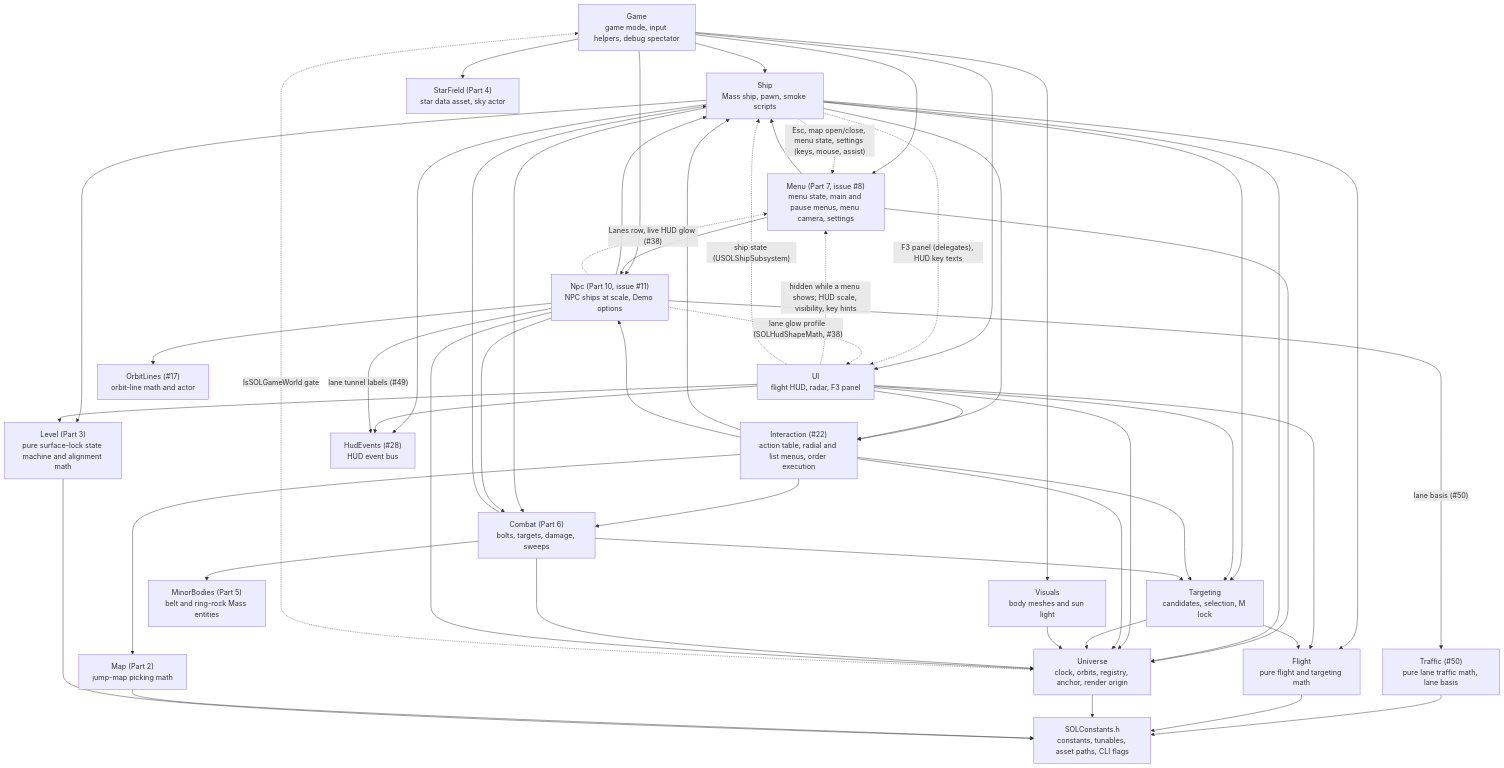
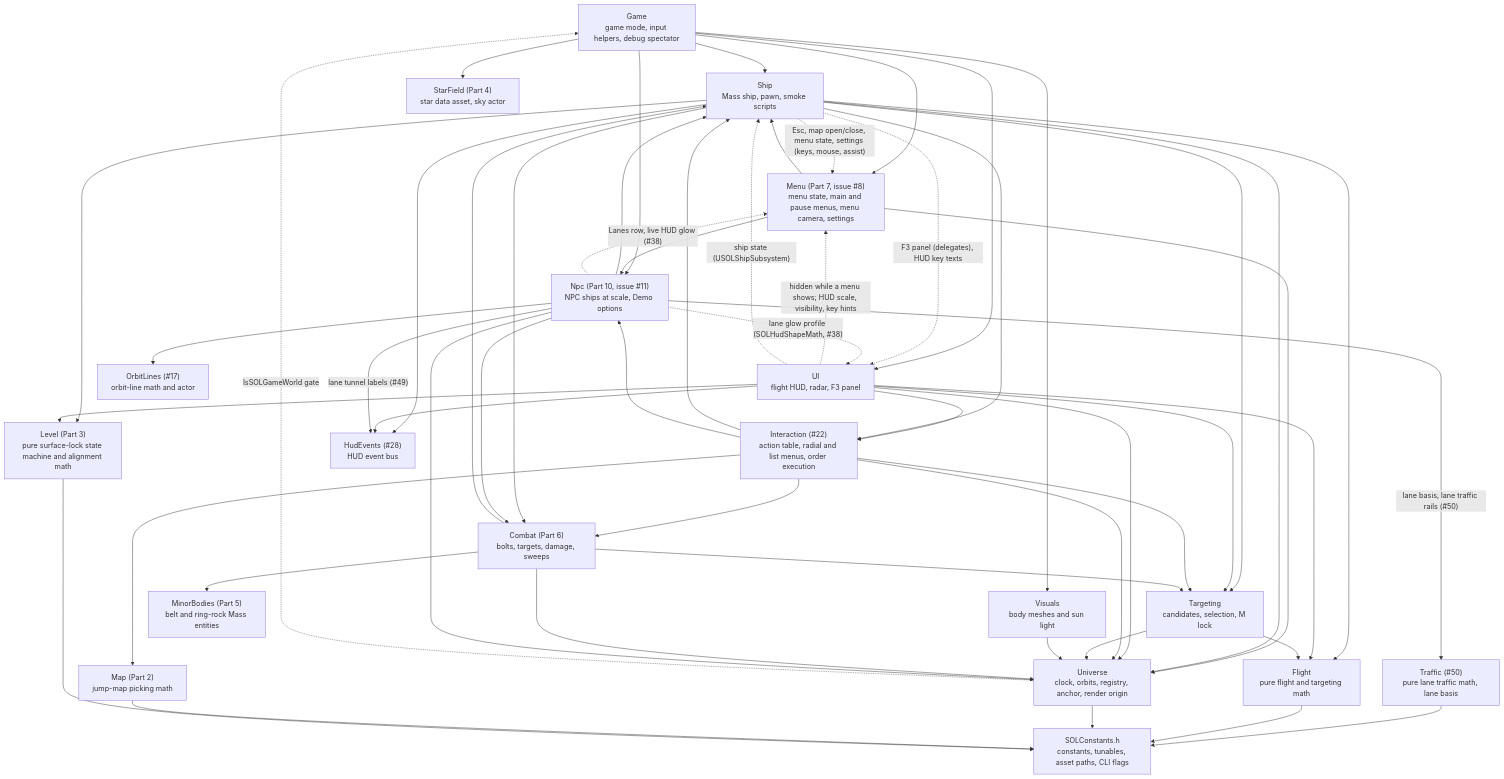
Before and after one commit to DieSlower/SOLTest: the first of 4 diagrams in Docs/ARCHITECTURE.md, drawn with Mermaid. The commit also changed other lines of this file and 43 other files, not shown here.

Commit message:
Issue #50: Part 50b - GPU and CPU lane traffic, hi/lo rails, hull flip, hand-over

````diff
--- a/Docs/ARCHITECTURE.md
+++ b/Docs/ARCHITECTURE.md
@@ -27,74 +27,74 @@
 ```mermaid
 flowchart TD
     Game["Game<br/>game mode, input helpers, debug spectator"]
     Menu["Menu (Part 7, issue #8)<br/>menu state, main and pause menus, menu camera, settings"]
     Ship["Ship<br/>Mass ship, pawn, smoke scripts"]
     UI["UI<br/>flight HUD, radar, F3 panel"]
     Targeting["Targeting<br/>candidates, selection, M lock"]
     Interaction["Interaction (#22)<br/>action table, radial and list menus, order execution"]
     Visuals["Visuals<br/>body meshes and sun light"]
     StarField["StarField (Part 4)<br/>star data asset, sky actor"]
     Map["Map (Part 2)<br/>jump-map picking math"]
     Combat["Combat (Part 6)<br/>bolts, targets, damage, sweeps"]
     MinorBodies["MinorBodies (Part 5)<br/>belt and ring-rock Mass entities"]
     Npc["Npc (Part 10, issue #11)<br/>NPC ships at scale, Demo options"]
     Traffic["Traffic (#50)<br/>pure lane traffic math, lane basis"]
     Level["Level (Part 3)<br/>pure surface-lock state machine and alignment math"]
     Flight["Flight<br/>pure flight and targeting math"]
     Universe["Universe<br/>clock, orbits, registry, anchor, render origin"]
     Const["SOLConstants.h<br/>constants, tunables, asset paths, CLI flags"]
 
     Game --> Ship
     Game --> Menu
     Menu --> Ship
     Menu --> Universe
     Ship -. "Esc, map open/close, menu state, settings (keys, mouse, assist)" .-> Menu
     UI -. "hidden while a menu shows; HUD scale, visibility, key hints" .-> Menu
     Game --> UI
     Game --> Visuals
     Game --> StarField
     Ship --> Targeting
     Ship --> Flight
     Ship --> Level
     UI --> Level
     Ship --> Universe
     Ship -. "F3 panel (delegates), HUD key texts" .-> UI
     UI -. "ship state (USOLShipSubsystem)" .-> Ship
     Ship --> HudEvents["HudEvents (#28)<br/>HUD event bus"]
     UI --> HudEvents
     UI --> Targeting
     UI --> Universe
     UI --> Flight
     UI --> Interaction
     Ship --> Interaction
     Interaction --> Targeting
     Interaction --> Ship
     Interaction --> Map
     Interaction --> Combat
     Interaction --> Npc
     Interaction --> Universe
     Targeting --> Flight
     Targeting --> Universe
     Visuals --> Universe
     Ship --> Combat
     Combat --> Ship
     Combat --> Targeting
     Combat --> MinorBodies
     Combat --> Universe
     Game --> Npc
     Menu --> Npc
     Npc --> Universe
     Npc --> Ship
     Npc --> Combat
     Npc -- "lane tunnel labels (#49)" --> HudEvents
     Npc -. "lane glow profile (SOLHudShapeMath, #38)" .-> UI
     Npc -. "Lanes row, live HUD glow (#38)" .-> Menu
     Npc --> OrbitLines["OrbitLines (#17)<br/>orbit-line math and actor"]
-    Npc -- "lane basis (#50)" --> Traffic
+    Npc -- "lane basis, lane traffic rails (#50)" --> Traffic
     Traffic --> Const
     Universe -. "IsSOLGameWorld gate" .-> Game
     Flight --> Const
     Universe --> Const
     Map --> Const
     Level --> Const
 ```
````
